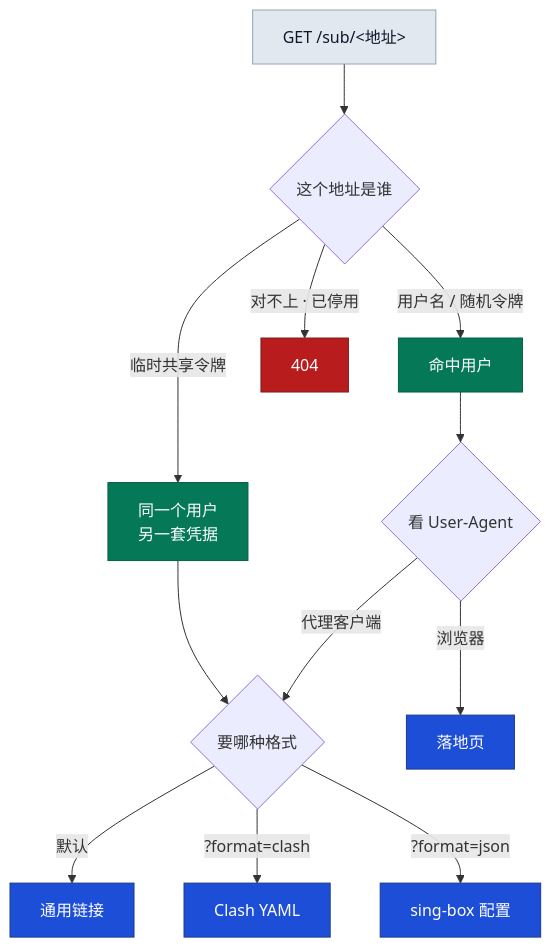
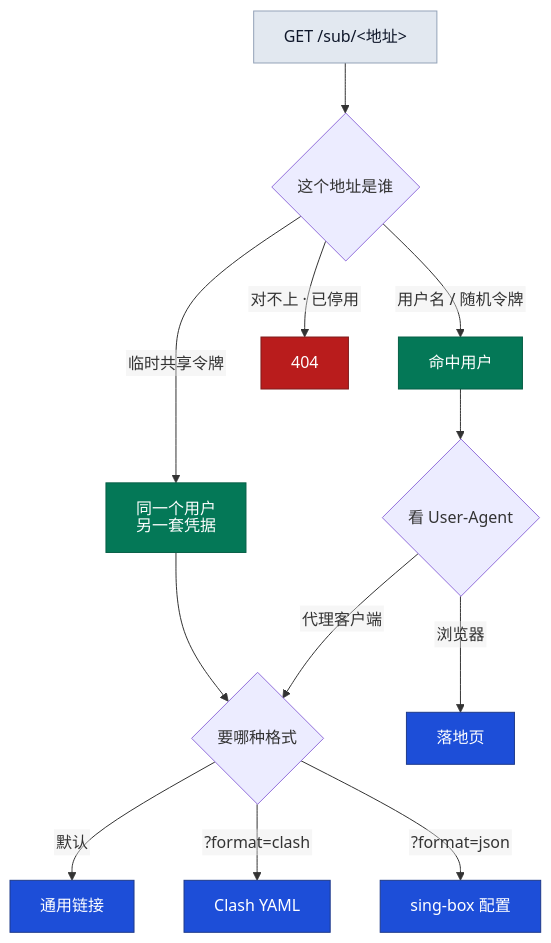
Before and after one commit to zqf20096327/dbhub_collect: the third of 5 diagrams in data/readmes/Maoyangui__m-ui.md, drawn with Mermaid. The commit also changed other lines of this file and 364 other files, not shown here.

````diff
--- a/data/readmes/Maoyangui__m-ui.md
+++ b/data/readmes/Maoyangui__m-ui.md
@@ -151,24 +161,32 @@
 ```mermaid
+---
+config:
+  htmlLabels: false
+  markdownAutoWrap: false
+  flowchart:
+    htmlLabels: false
+    wrappingWidth: 600
+---
 flowchart TD
   Q["GET /sub/&lt;地址&gt;"] --> WHO{"这个地址是谁"}
   WHO -->|"用户名 / 随机令牌"| U["命中用户"]
   WHO -->|"临时共享令牌"| S["同一个用户<br/>另一套凭据"]
   WHO -->|"对不上 · 已停用"| E["404"]
   U --> UA{"看 User-Agent"}
   S --> F
   UA -->|"浏览器"| P["落地页"]
   UA -->|"代理客户端"| F{"要哪种格式"}
   F -->|"默认"| F1["通用链接"]
   F -->|"?format=clash"| F2["Clash YAML"]
   F -->|"?format=json"| F3["sing-box 配置"]
 
   classDef svc fill:#1d4ed8,stroke:#1e3a8a,color:#ffffff,stroke-width:1px
   classDef who fill:#e2e8f0,stroke:#94a3b8,color:#0f172a,stroke-width:1px
   classDef data fill:#334155,stroke:#0f172a,color:#ffffff,stroke-width:1px
   classDef exit fill:#047857,stroke:#065f46,color:#ffffff,stroke-width:1px
   classDef warn fill:#b91c1c,stroke:#7f1d1d,color:#ffffff,stroke-width:1px
   class U,S exit
   class E warn
   class P,F1,F2,F3 svc
   class Q who
 ```
````
